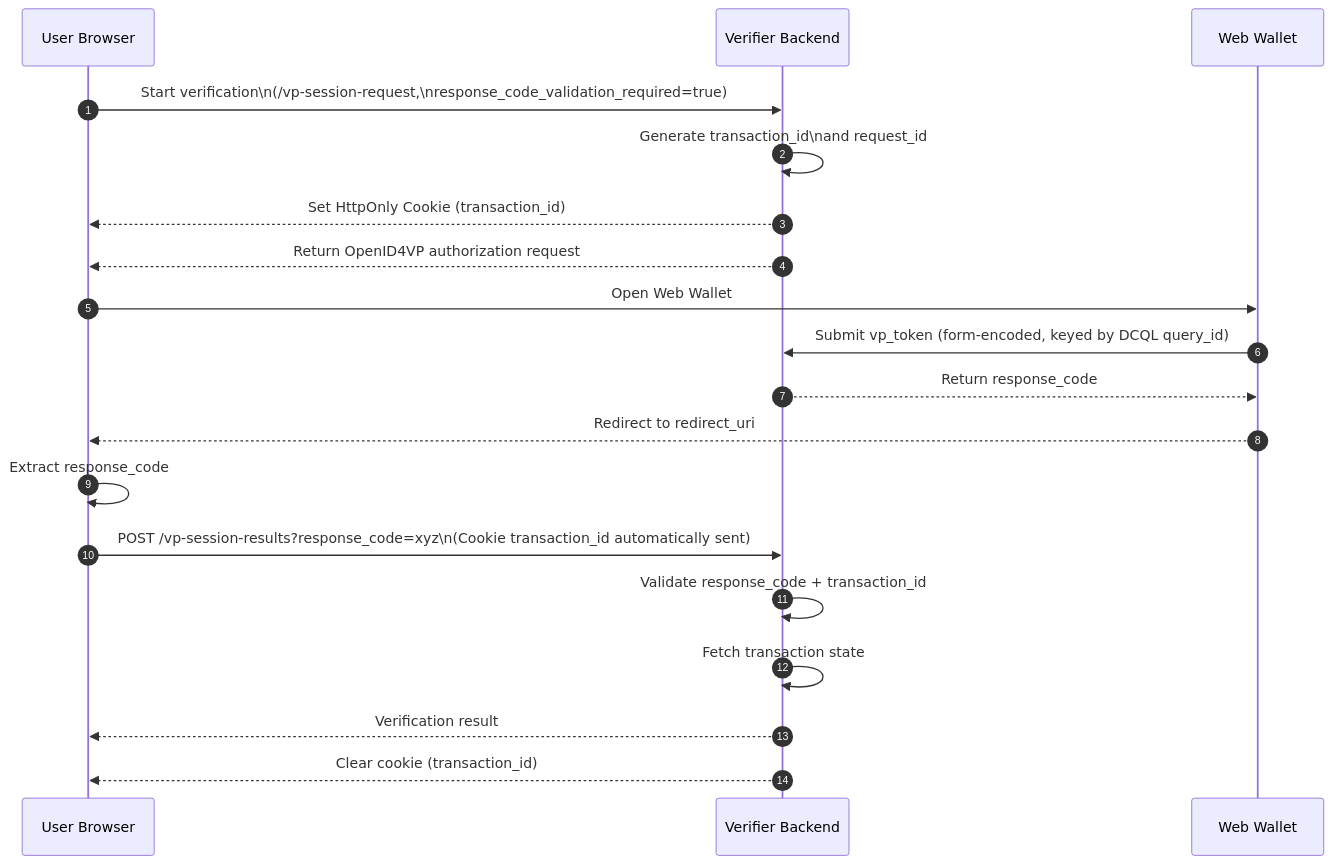
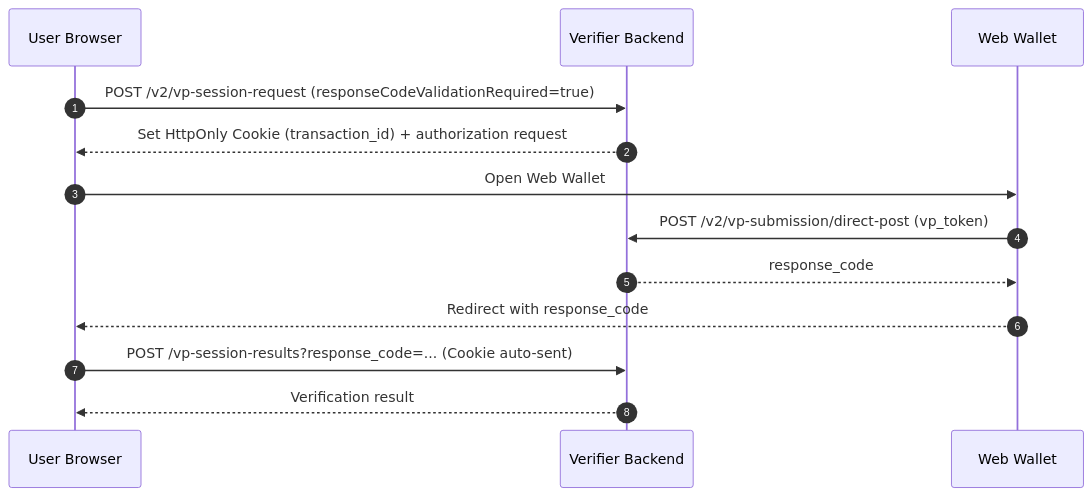
One commit to srikanth716/inji-verify changed the third of 3 diagrams in inji-verify-sdk/README.md. Above: the diagram before and after it, drawn with Mermaid. The commit also changed other lines of this file and 10 other files, not shown here.

````diff
--- a/inji-verify-sdk/README.md
+++ b/inji-verify-sdk/README.md
@@ -463,30 +463,16 @@
 ```mermaid
 sequenceDiagram
     autonumber
     participant UserBrowser as User Browser
     participant VerifierBackend as Verifier Backend
     participant WebWallet as Web Wallet
 
-    UserBrowser->>VerifierBackend: Start verification\n(/vp-session-request,\nresponse_code_validation_required=true)
-
-    VerifierBackend->>VerifierBackend: Generate transaction_id\nand request_id
-    VerifierBackend-->>UserBrowser: Set HttpOnly Cookie (transaction_id)
-    VerifierBackend-->>UserBrowser: Return OpenID4VP authorization request
-
+    UserBrowser->>VerifierBackend: POST /v2/vp-session-request (responseCodeValidationRequired=true)
+    VerifierBackend-->>UserBrowser: Set HttpOnly Cookie (transaction_id) + authorization request
     UserBrowser->>WebWallet: Open Web Wallet
-
-    WebWallet->>VerifierBackend: Submit vp_token (form-encoded, keyed by DCQL query_id)
-    VerifierBackend-->>WebWallet: Return response_code
-
-    WebWallet-->>UserBrowser: Redirect to redirect_uri
-
-    UserBrowser->>UserBrowser: Extract response_code
-
-    UserBrowser->>VerifierBackend: POST /vp-session-results?response_code=xyz\n(Cookie transaction_id automatically sent)
-
-    VerifierBackend->>VerifierBackend: Validate response_code + transaction_id
-    VerifierBackend->>VerifierBackend: Fetch transaction state
-
+    WebWallet->>VerifierBackend: POST /v2/vp-submission/direct-post (vp_token)
+    VerifierBackend-->>WebWallet: response_code
+    WebWallet-->>UserBrowser: Redirect with response_code
+    UserBrowser->>VerifierBackend: POST /vp-session-results?response_code=... (Cookie auto-sent)
     VerifierBackend-->>UserBrowser: Verification result
-    VerifierBackend-->>UserBrowser: Clear cookie (transaction_id)
 ```
````
